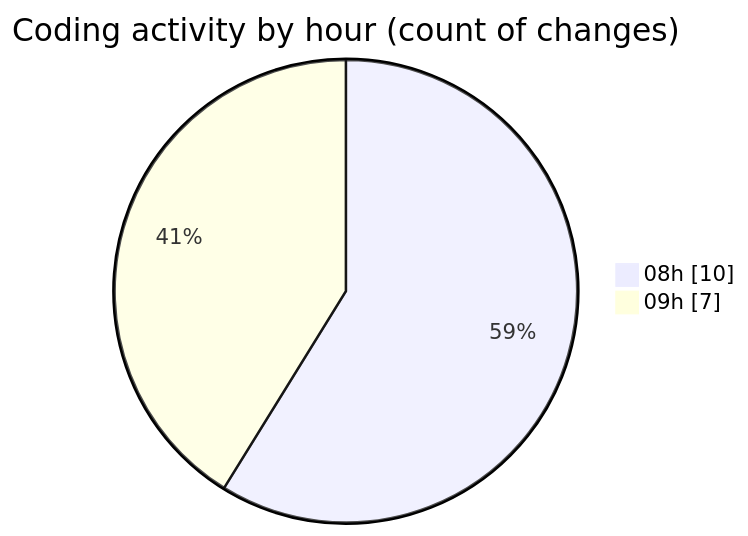
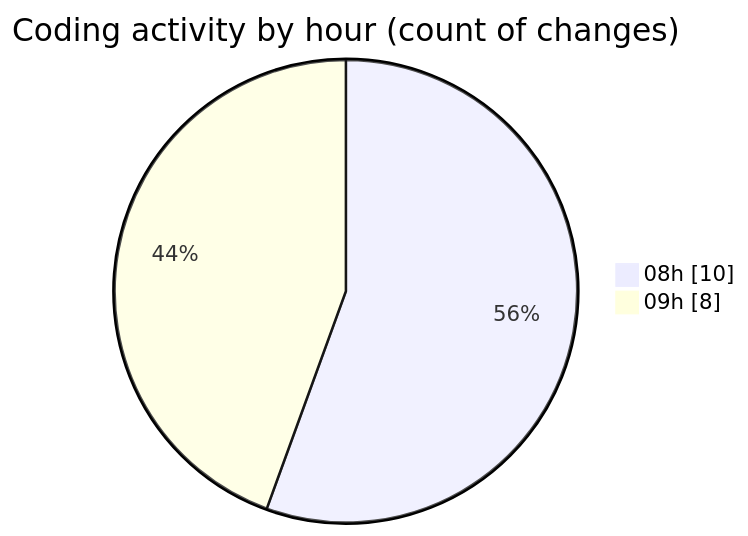
One commit to LanceThiago/code-tracking changed the second of 2 diagrams in 2025-01-07/nueva_carpeta/README.md. Above: the diagram before and after it, drawn with Mermaid. The commit also changed other lines of this file and 1 other file, not shown here.

````diff
--- a/2025-01-07/nueva_carpeta/README.md
+++ b/2025-01-07/nueva_carpeta/README.md
@@ -28,6 +28,6 @@
 ```mermaid
 pie showData
 title Coding activity by hour (count of changes)
 "08h" : 10
-"09h" : 7
+"09h" : 8
 ```
````
